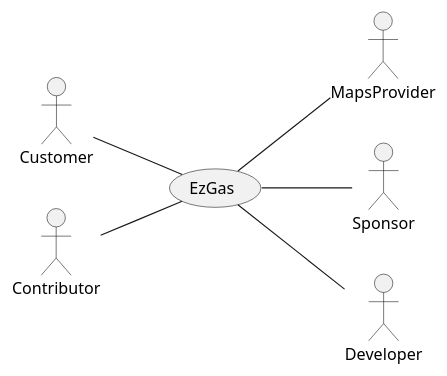
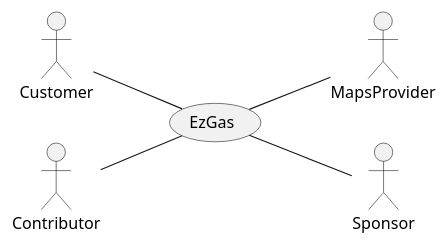
The first of 3 diagrams in REQ_s269358.md (SoftengPoliTo/Lab2), drawn with PlantUML before and after one commit. The commit also changed other lines of this file, not shown here.

Commit message:
added Contents menu, corrected context diagram, added incomplete glossary

````diff
--- a/REQ_s269358.md
+++ b/REQ_s269358.md
@@ -21,8 +39,7 @@
 ```plantuml
 left to right direction
 Customer -- (EzGas)
 Contributor -- (EzGas)
 (EzGas) -- MapsProvider
 (EzGas) -- Sponsor
-(EzGas) -- Developer
 ```
````
